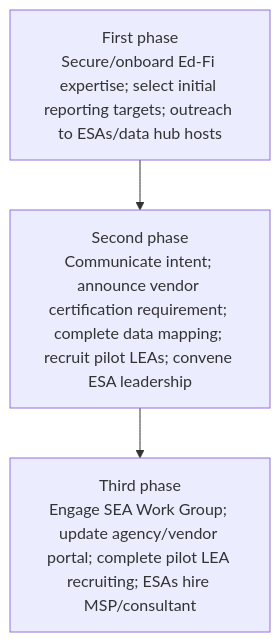
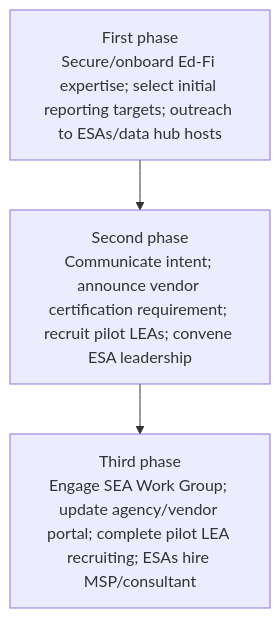
Before and after one commit to Ed-Fi-Alliance-OSS/ed-fi-alliance-oss.github.io: the fifth of 10 diagrams in docs/getting-started/sea-playbook/ed-fi-overview-and-implementation-playbook.md, drawn with Mermaid. The commit also changed other lines of this file, not shown here.

````diff
--- a/docs/getting-started/sea-playbook/ed-fi-overview-and-implementation-playbook.md
+++ b/docs/getting-started/sea-playbook/ed-fi-overview-and-implementation-playbook.md
@@ -195,7 +303,7 @@
 ```mermaid
 flowchart TD
   A["First phase<br/>Secure/onboard Ed-Fi expertise; select initial reporting targets; outreach to ESAs/data hub hosts"]
-  B["Second phase<br/>Communicate intent; announce vendor certification requirement; complete data mapping; recruit pilot LEAs; convene ESA leadership"]
+  B["Second phase<br/>Communicate intent; announce vendor certification requirement; recruit pilot LEAs; convene ESA leadership"]
   C["Third phase<br/>Engage SEA Work Group; update agency/vendor portal; complete pilot LEA recruiting; ESAs hire MSP/consultant"]
   A --> B --> C
 ```
````
